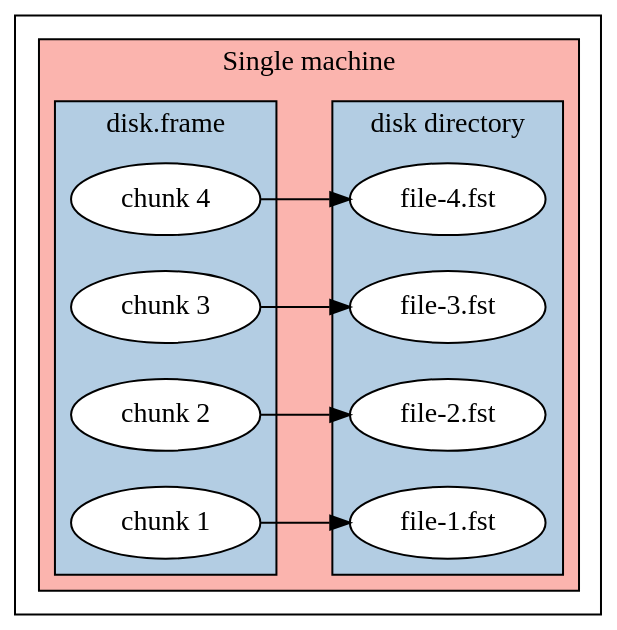
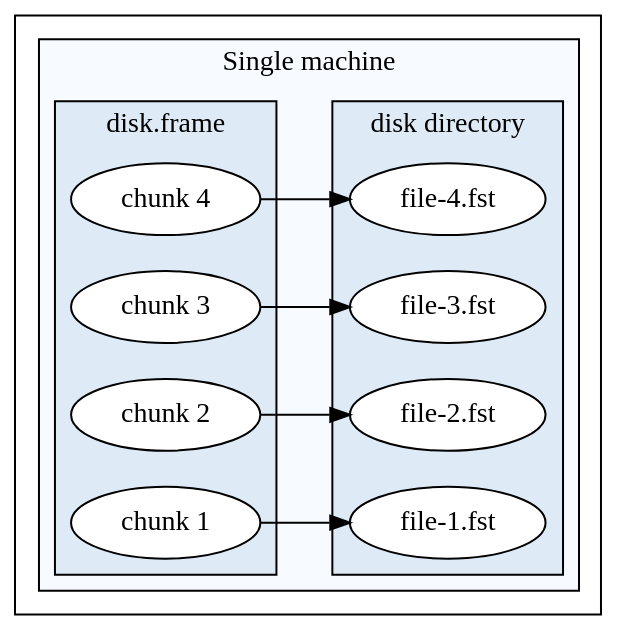
The diagram in doc/diskframe.dot (jcai849/phd), drawn with Graphviz before and after one commit. The commit also changed 5 other files, not shown here.

```diff
--- a/doc/diskframe.dot
+++ b/doc/diskframe.dot
@@ -1,34 +1,34 @@
 digraph G {
-	colorscheme=pastel13;
+	colorscheme=Blues9;
 	style=filled;
 	rankdir="LR"
 	node [style=filled,fillcolor=white];
 
 	subgraph cluster_machine {
 		label="Single machine";
 		fillcolor=1;
 
 		subgraph cluster_diskframe {
 			label="disk.frame"
 				fillcolor=2;
 			chunk4[label="chunk 4"];
 			chunk3[label="chunk 3"];
 			chunk2[label="chunk 2"];
 			chunk1[label="chunk 1"];
 		}
 
 		subgraph cluster_diskdir {
 			label="disk directory"
 				fillcolor=2;
 			fstfile4[label="file-4.fst"];
 			fstfile3[label="file-3.fst"];
 			fstfile2[label="file-2.fst"];
 			fstfile1[label="file-1.fst"];
 		}
 	}
 
 	chunk1 -> fstfile1;
 	chunk2 -> fstfile2;
 	chunk3 -> fstfile3;
 	chunk4 -> fstfile4;
 }
```
